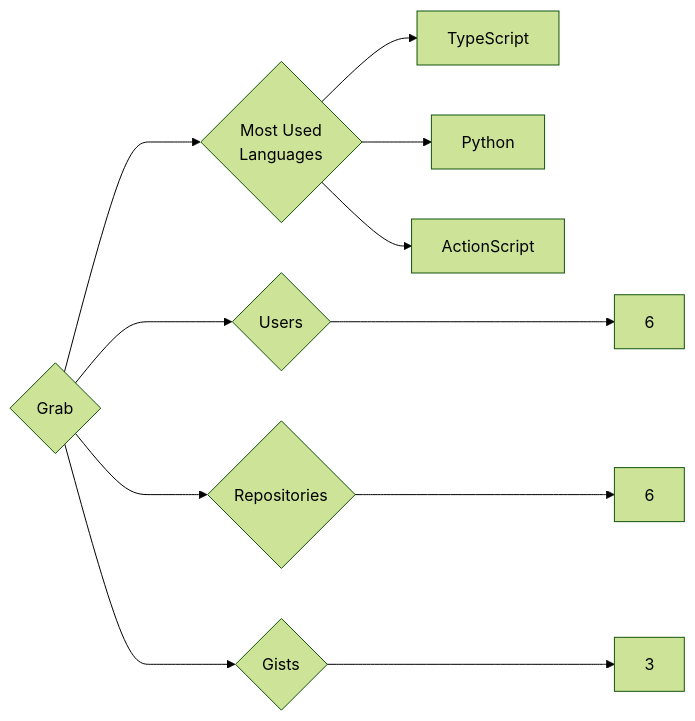
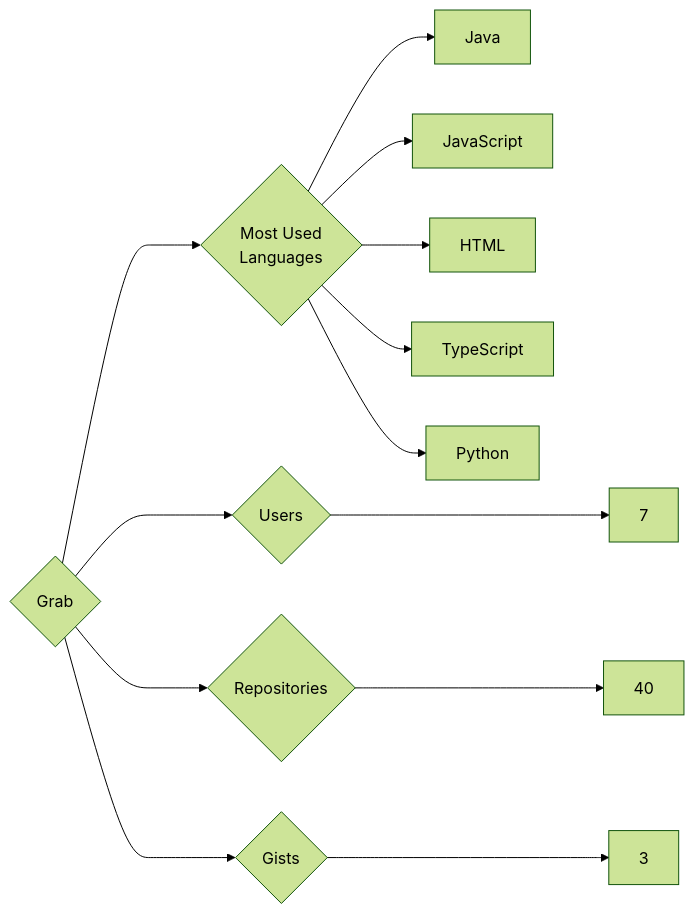
Before and after one commit to trickest/insiders: the diagram in targets/Grab/README.md, drawn with Mermaid (forest theme). The commit also changed 997 other files, not shown here.

````diff
--- a/targets/Grab/README.md
+++ b/targets/Grab/README.md
@@ -3,11 +3,13 @@
 ```mermaid
 graph LR
 COMPANY_NAME{Grab}
-COMPANY_NAME ---> U{Users} ---> UN[6]
-COMPANY_NAME ---> R{Repositories} ---> RN[6]
+COMPANY_NAME ---> U{Users} ---> UN[7]
+COMPANY_NAME ---> R{Repositories} ---> RN[40]
 COMPANY_NAME ---> G{Gists} ---> GN[3]
 COMPANY_NAME ---> ML{Most Used<br>Languages}
+ML --> Java[Java]
+ML --> JavaScript[JavaScript]
+ML --> HTML[HTML]
 ML --> TypeScript[TypeScript]
 ML --> Python[Python]
-ML --> ActionScript[ActionScript]
 ```
````
